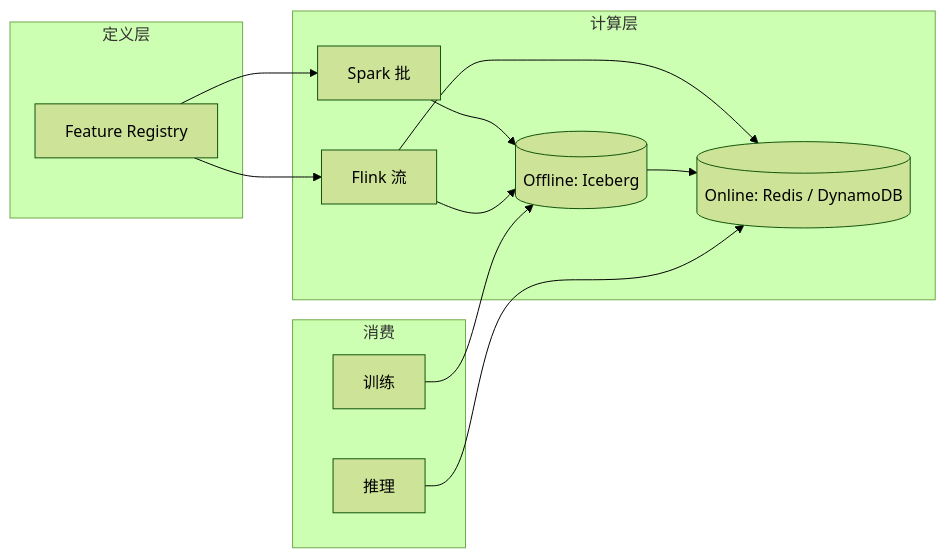
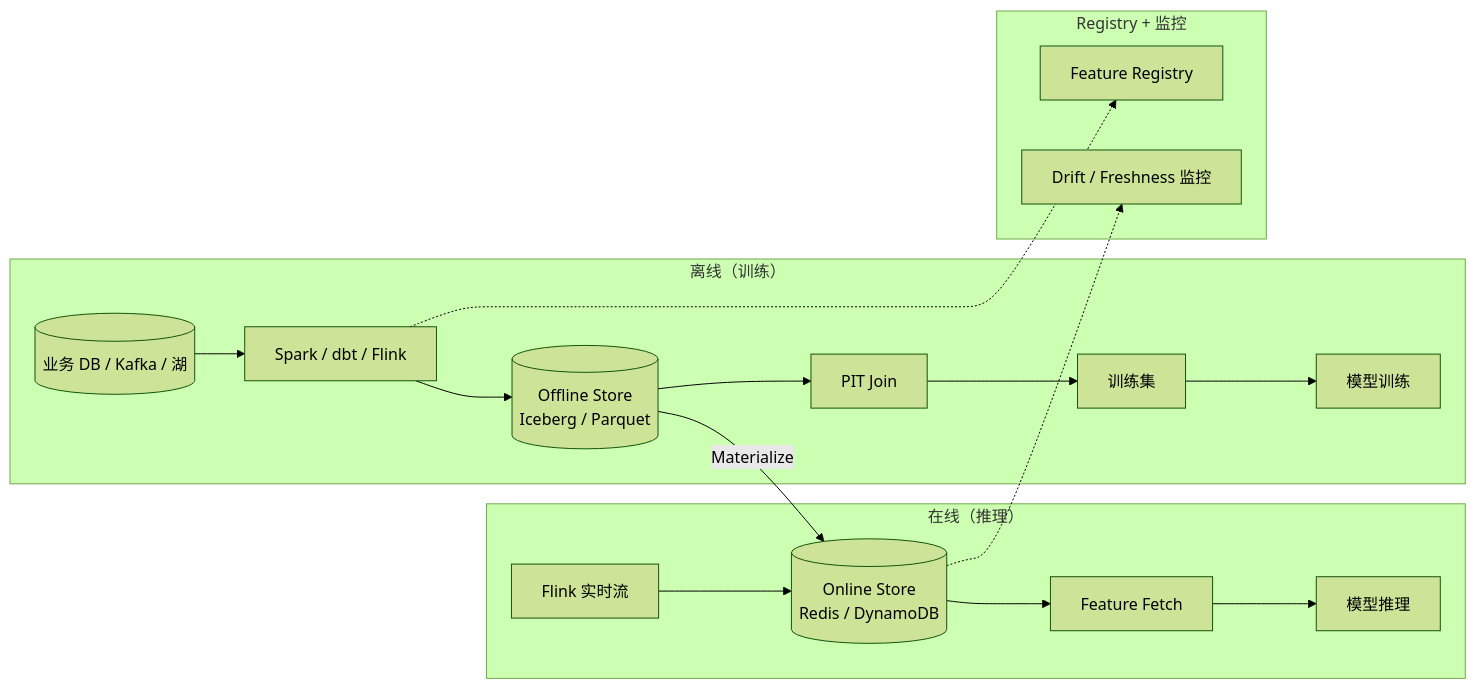
The diagram in docs/ai-workloads/feature-store.md (wangyong9999/lakehouse-wiki), drawn with Mermaid (forest theme) before and after one commit. The commit also changed other lines of this file and 1 other file, not shown here.

Commit message:
content(R1A.4): AI 核心深化 rag/feature-store 升 S 级

````diff
--- a/docs/ai-workloads/feature-store.md
+++ b/docs/ai-workloads/feature-store.md
@@ -38,18 +83,25 @@
 ```mermaid
 flowchart LR
-  subgraph "定义层"
-    fr[Feature Registry]
+  subgraph "离线（训练）"
+    src[(业务 DB / Kafka / 湖)]
+    src --> etl[Spark / dbt / Flink]
+    etl --> offline[(Offline Store<br/>Iceberg / Parquet)]
+    offline --> pitj[PIT Join]
+    pitj --> train[训练集]
+    train --> model[模型训练]
   end
-  subgraph "计算层"
-    batch[Spark 批] --> off[(Offline: Iceberg)]
-    stream[Flink 流] --> off
-    stream --> online[(Online: Redis / DynamoDB)]
-    off --> online
+
+  subgraph "在线（推理）"
+    offline -->|Materialize| online[(Online Store<br/>Redis / DynamoDB)]
+    stream[Flink 实时流] --> online
+    online --> fetch[Feature Fetch]
+    fetch --> infer[模型推理]
   end
-  subgraph "消费"
-    train[训练] --> off
-    infer[推理] --> online
+
+  subgraph "Registry + 监控"
+    reg[Feature Registry]
+    mon[Drift / Freshness 监控]
+    etl -.-> reg
+    online -.-> mon
   end
-  fr --> batch
-  fr --> stream
 ```
````
